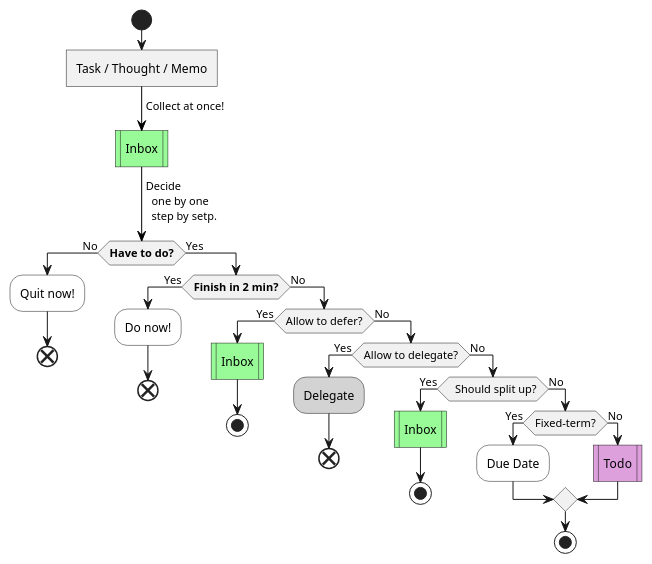
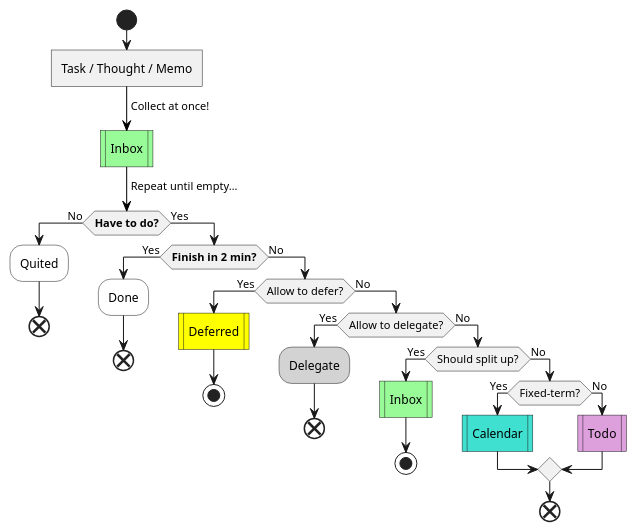
One commit to IceHe/icehe-lib changed the sixth of 9 diagrams in snips/principles/gtd.md. Above: the diagram before and after it, drawn with PlantUML. The commit also changed other lines of this file, not shown here.

````diff
--- a/snips/principles/gtd.md
+++ b/snips/principles/gtd.md
@@ -150,42 +195,40 @@
-```puml
+```plantuml
 @startuml
 start
 :Task / Thought / Memo]
 -[#black]-> Collect at once!;
 #paleGreen:Inbox|
--[#black]-> Decide \n  one by one \n  step by setp.;
+-[#black]-> Repeat until empty…;
 if (**Have to do?**) then (No)
-    #white:Quit now!;
+    #white:Quited;
     end
 else (Yes)
     if (**Finish in 2 min?**) then (Yes)
-        #white:Do now!;
+        #white:Done;
         end
     else (No)
         if (Allow to defer?) then (Yes)
-            #paleGreen:Inbox|
+            #yellow:Deferred|
             stop
         else (No)
             if (Allow to delegate?) then (Yes)
                 #lightGray:Delegate;
                 end
             else (No)
-                if (  Should split up?) then (Yes)
+                if (Should split up?) then (Yes)
                     #paleGreen:Inbox|
                     stop
                 else (No)
                     if (Fixed-term?) then (Yes)
-                        #white:Due Date;
-                        '#turquoise:Calendar|
+                        #turquoise:Calendar|
                     else (No)
                         #plum:Todo|
                     endif
-
-                    stop
+                    end
                 endif
             endif
         endif
     endif
 endif
 @enduml
 ```
````
